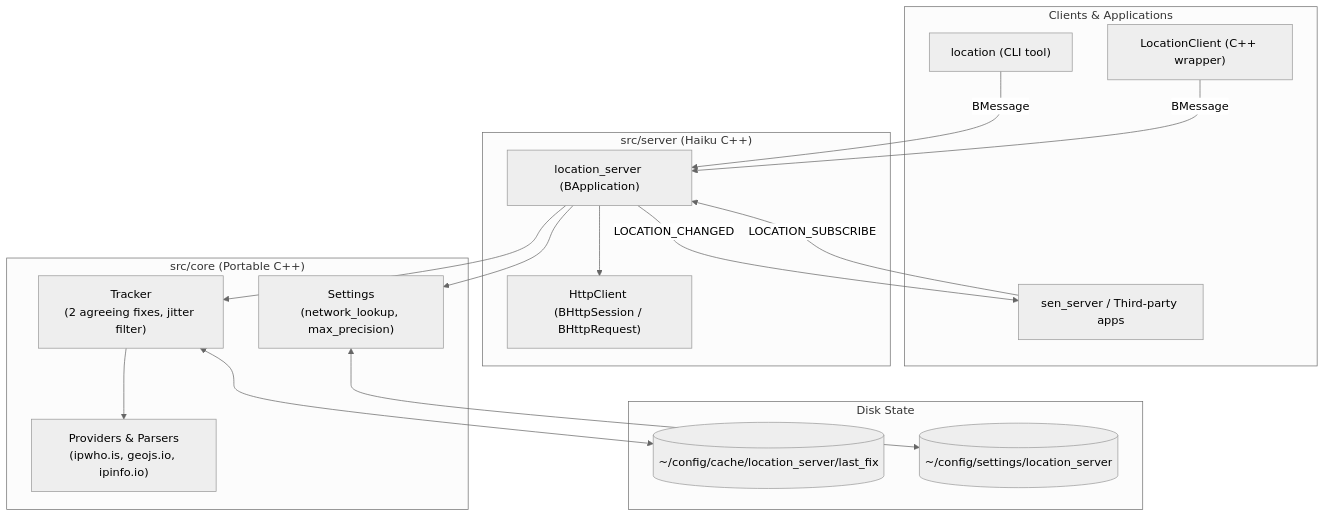
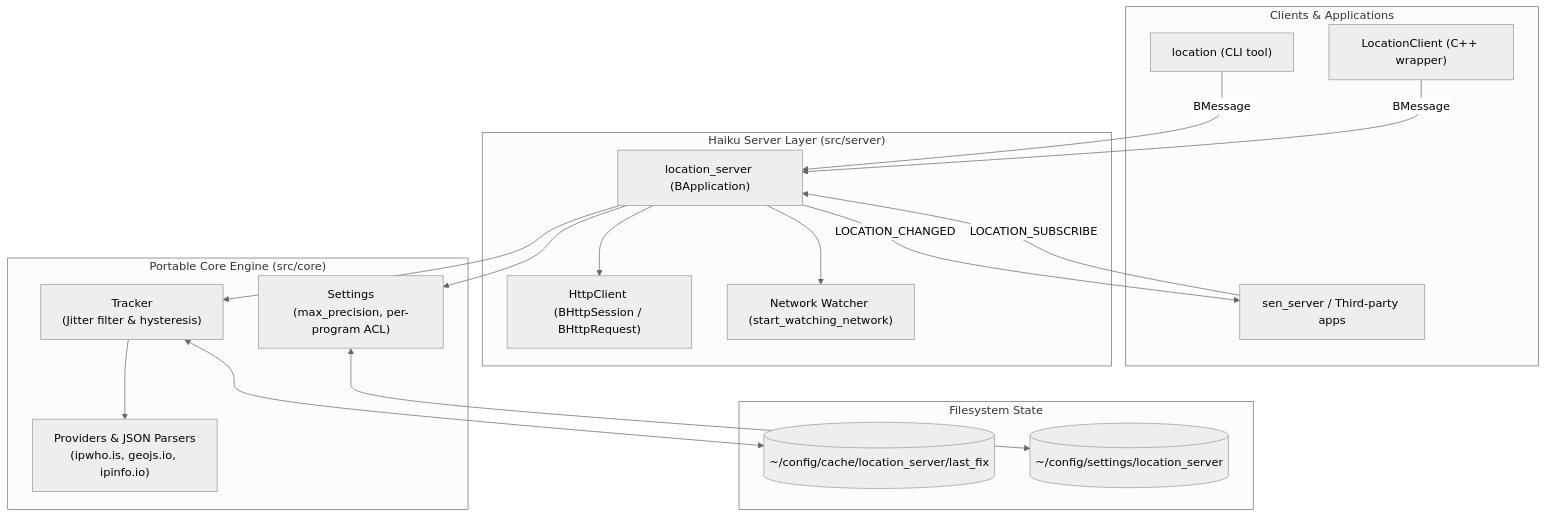
The diagram in README.md (sen-laboratories/basho), drawn with Mermaid (neutral theme) before and after one commit. The commit also changed other lines of this file and 5 other files, not shown here.

First line of the commit message:
Settings: Show Location now, lookup services as a table; README

````diff
--- a/README.md
+++ b/README.md
@@ -90,35 +156,37 @@
 ```mermaid
 flowchart TD
     subgraph Clients["Clients & Applications"]
         CLI["location (CLI tool)"]
         Lib["LocationClient (C++ wrapper)"]
         SEN["sen_server / Third-party apps"]
     end
 
-    subgraph ServerLayer["src/server (Haiku C++)"]
+    subgraph ServerLayer["Haiku Server Layer (src/server)"]
         Daemon["location_server (BApplication)"]
         HTTP["HttpClient (BHttpSession / BHttpRequest)"]
+        NetWatch["Network Watcher (start_watching_network)"]
     end
 
-    subgraph CoreLayer["src/core (Portable C++)"]
-        Tracker["Tracker<br/>(2 agreeing fixes, jitter filter)"]
-        Providers["Providers & Parsers<br/>(ipwho.is, geojs.io, ipinfo.io)"]
-        Settings["Settings<br/>(network_lookup, max_precision)"]
+    subgraph CoreLayer["Portable Core Engine (src/core)"]
+        Tracker["Tracker<br/>(Jitter filter & hysteresis)"]
+        Providers["Providers & JSON Parsers<br/>(ipwho.is, geojs.io, ipinfo.io)"]
+        Settings["Settings<br/>(max_precision, per-program ACL)"]
     end
 
-    subgraph Disk["Disk State"]
+    subgraph Disk["Filesystem State"]
         CacheFile[("~/config/cache/location_server/last_fix")]
         SettingsFile[("~/config/settings/location_server")]
     end
 
     CLI -->|BMessage| Daemon
     Lib -->|BMessage| Daemon
     SEN -->|LOCATION_SUBSCRIBE| Daemon
     Daemon -->|LOCATION_CHANGED| SEN
+    Daemon --> NetWatch
     Daemon --> HTTP
     Daemon --> Tracker
     Tracker --> Providers
     Daemon --> Settings
     Tracker <--> CacheFile
     Settings <--> SettingsFile
 ```
````
